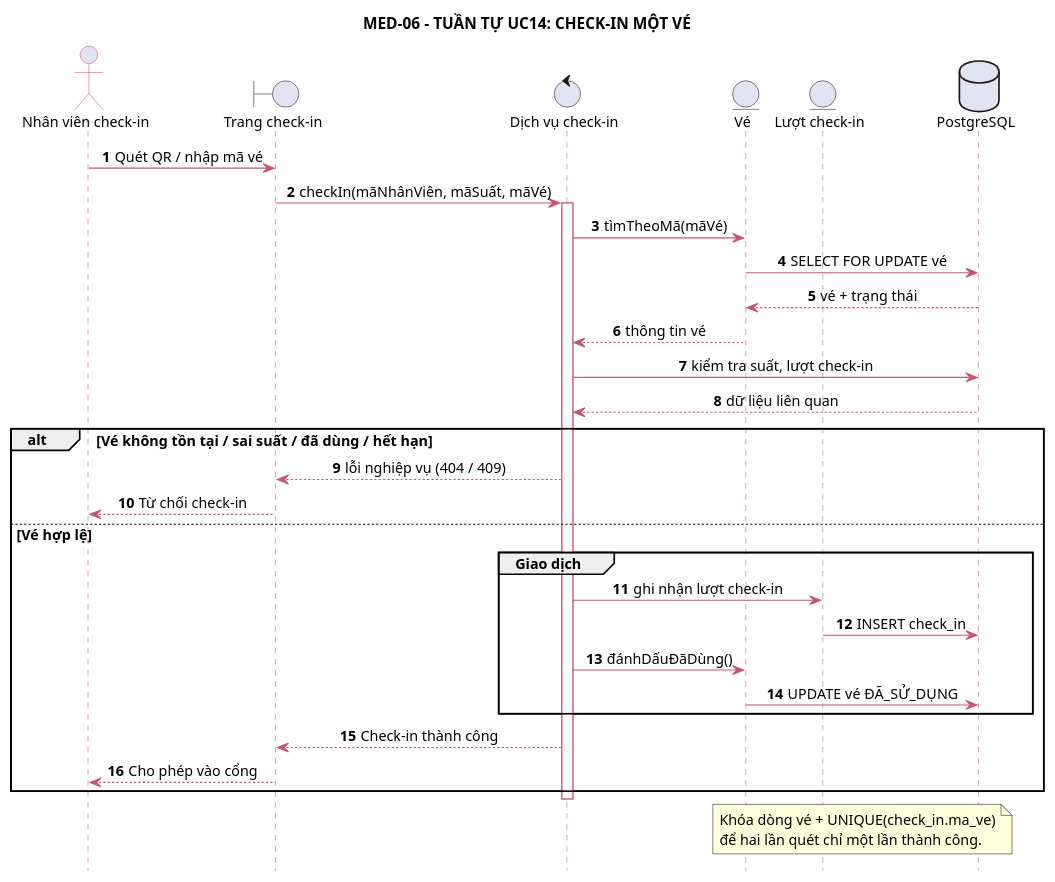
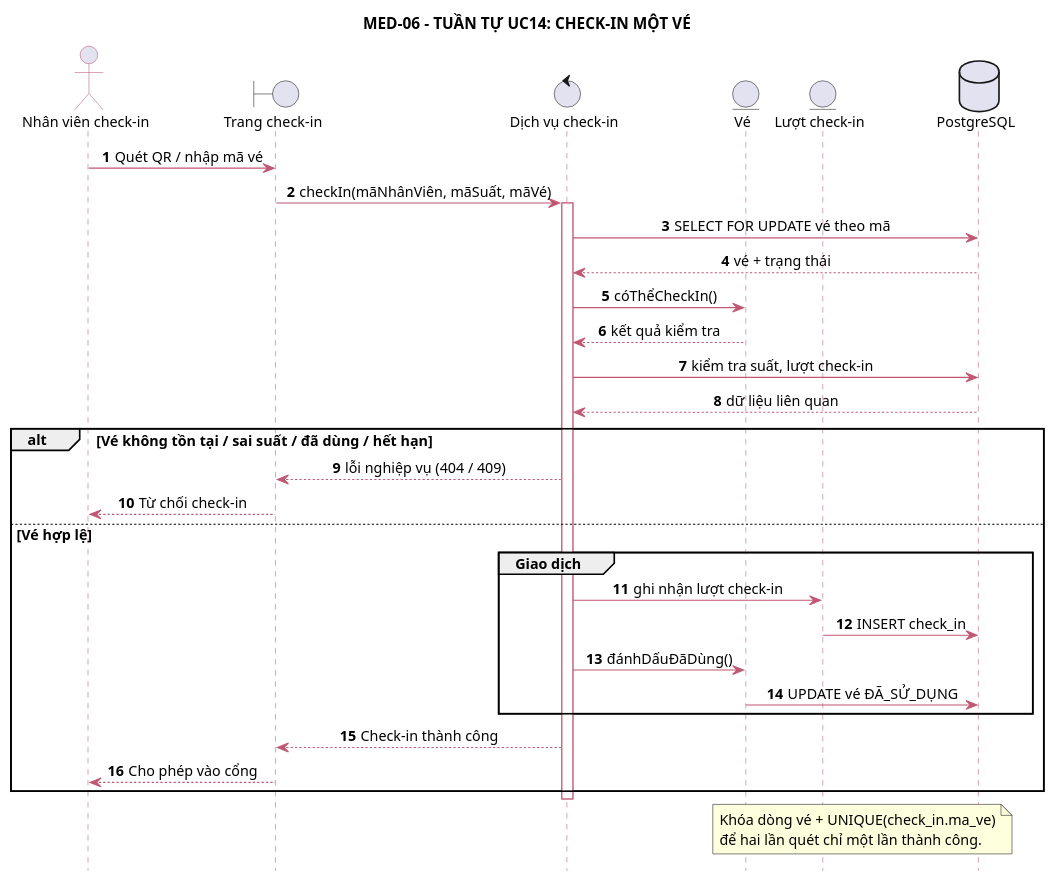
The diagram in PTTK/05_Sequence/04-uc14-check-in.puml (anh632k-ui/OOP-DoAn), drawn with PlantUML before and after one commit.

Commit message:
fix(pttk): đồng bộ chữ ký và thông điệp lớp nghiệp vụ

```diff
--- a/PTTK/05_Sequence/04-uc14-check-in.puml
+++ b/PTTK/05_Sequence/04-uc14-check-in.puml
@@ -1,51 +1,51 @@
 @startuml
 skinparam backgroundColor white
 skinparam shadowing false
 skinparam defaultFontName Arial
 skinparam defaultFontSize 13
 skinparam sequenceMessageAlign center
 skinparam responseMessageBelowArrow true
 skinparam sequence {
   ArrowColor #C05773
   LifeLineBorderColor #C05773
   ParticipantBackgroundColor #FFF8CE
   ParticipantBorderColor #C05773
   ActorBorderColor #C05773
 }
 hide footbox
 autonumber
 title MED-06 - TUẦN TỰ UC14: CHECK-IN MỘT VÉ
 actor "Nhân viên check-in" as A
 boundary "Trang check-in" as UI
 control "Dịch vụ check-in" as CI
 entity "Vé" as VE
 entity "Lượt check-in" as LK
 database "PostgreSQL" as DB
 A -> UI : Quét QR / nhập mã vé
 UI -> CI : checkIn(mãNhânViên, mãSuất, mãVé)
 activate CI
-CI -> VE : tìmTheoMã(mãVé)
-VE -> DB : SELECT FOR UPDATE vé
-DB --> VE : vé + trạng thái
-VE --> CI : thông tin vé
+CI -> DB : SELECT FOR UPDATE vé theo mã
+DB --> CI : vé + trạng thái
+CI -> VE : cóThểCheckIn()
+VE --> CI : kết quả kiểm tra
 CI -> DB : kiểm tra suất, lượt check-in
 DB --> CI : dữ liệu liên quan
 alt Vé không tồn tại / sai suất / đã dùng / hết hạn
   CI --> UI : lỗi nghiệp vụ (404 / 409)
   UI --> A : Từ chối check-in
 else Vé hợp lệ
   group Giao dịch
     CI -> LK : ghi nhận lượt check-in
     LK -> DB : INSERT check_in
     CI -> VE : đánhDấuĐãDùng()
     VE -> DB : UPDATE vé ĐÃ_SỬ_DỤNG
   end
   CI --> UI : Check-in thành công
   UI --> A : Cho phép vào cổng
 end
 deactivate CI
 note over VE,DB
 Khóa dòng vé + UNIQUE(check_in.ma_ve)
 để hai lần quét chỉ một lần thành công.
 end note
 @enduml
```
